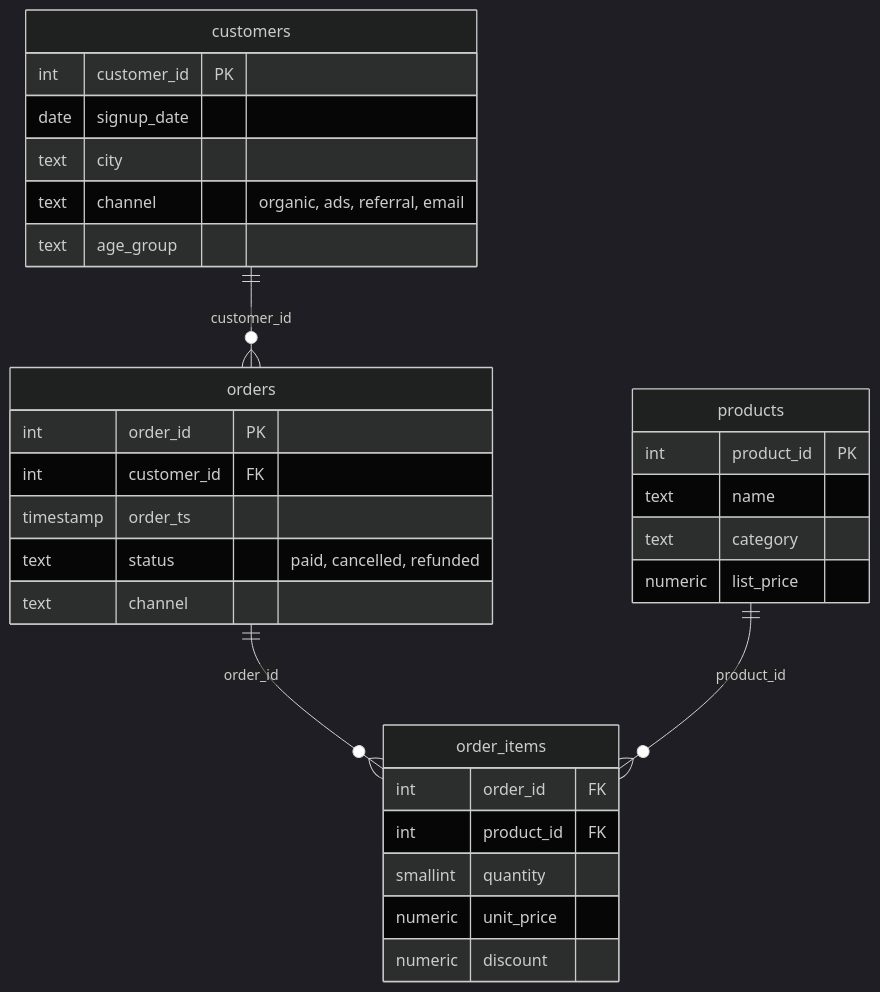
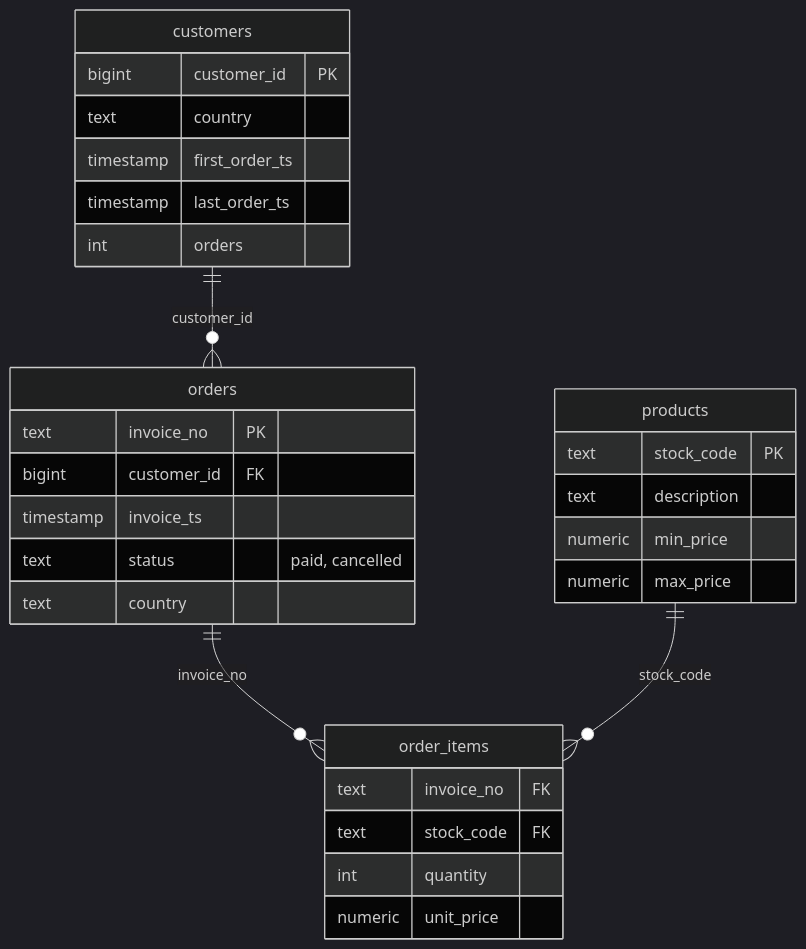
Before and after one commit to chipsfirst/sql-retail-case: the diagram in README.md, drawn with Mermaid (dark theme). The commit also changed other lines of this file and 21 other files, not shown here.

````diff
--- a/README.md
+++ b/README.md
@@ -9,34 +9,33 @@
 ```mermaid
 erDiagram
     customers ||--o{ orders : "customer_id"
-    orders ||--o{ order_items : "order_id"
-    products ||--o{ order_items : "product_id"
+    orders ||--o{ order_items : "invoice_no"
+    products ||--o{ order_items : "stock_code"
 
     customers {
-        int customer_id PK
-        date signup_date
-        text city
-        text channel "organic, ads, referral, email"
-        text age_group
+        bigint customer_id PK
+        text country
+        timestamp first_order_ts
+        timestamp last_order_ts
+        int orders
     }
     products {
-        int product_id PK
-        text name
-        text category
-        numeric list_price
+        text stock_code PK
+        text description
+        numeric min_price
+        numeric max_price
     }
     orders {
-        int order_id PK
-        int customer_id FK
-        timestamp order_ts
-        text status "paid, cancelled, refunded"
-        text channel
+        text invoice_no PK
+        bigint customer_id FK
+        timestamp invoice_ts
+        text status "paid, cancelled"
+        text country
     }
     order_items {
-        int order_id FK
-        int product_id FK
-        smallint quantity
+        text invoice_no FK
+        text stock_code FK
+        int quantity
         numeric unit_price
-        numeric discount
     }
 ```
````
